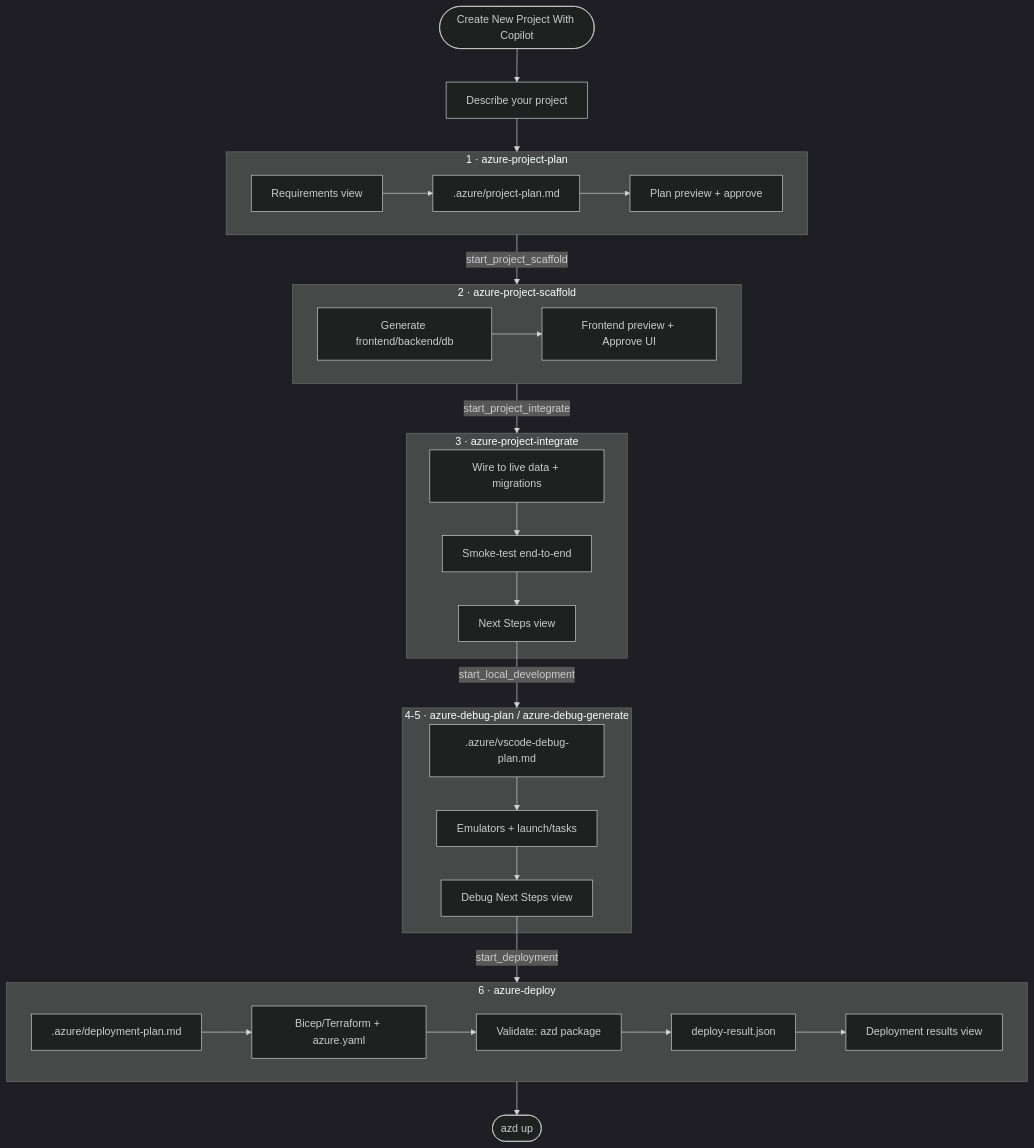
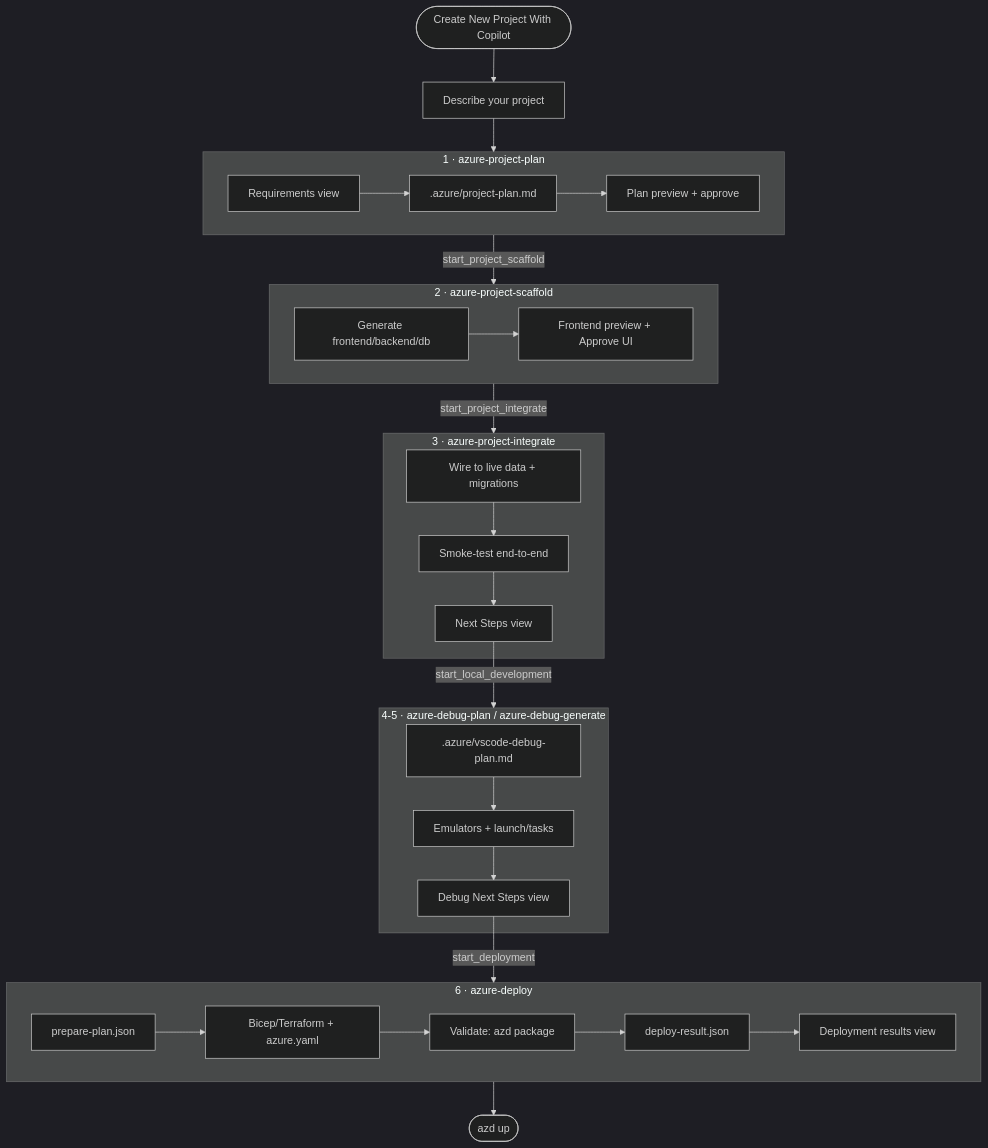
One commit to microsoft/vscode-azureresourcegroups changed the diagram in docs/copilot-create-project.md. Above: the diagram before and after it, drawn with Mermaid (dark theme). The commit also changed other lines of this file and 26 other files, not shown here.

Commit message:
CoR: Add in a view for the prepare-plan.json  (#1685)

````diff
--- a/docs/copilot-create-project.md
+++ b/docs/copilot-create-project.md
@@ -69,35 +69,35 @@
 ```mermaid
 flowchart TD
     Start([Create New Project With Copilot]) --> Prompt[Describe your project]
     Prompt --> Plan
 
     subgraph Plan[1 · azure-project-plan]
         Req[Requirements view] --> PlanDoc[.azure/project-plan.md] --> PlanView[Plan preview + approve]
     end
 
     Plan -->|start_project_scaffold| Scaffold
 
     subgraph Scaffold[2 · azure-project-scaffold]
         Gen[Generate frontend/backend/db] --> Preview[Frontend preview + Approve UI]
     end
 
     Scaffold -->|start_project_integrate| Integrate
 
     subgraph Integrate[3 · azure-project-integrate]
         Wire[Wire to live data + migrations] --> Smoke[Smoke-test end-to-end] --> Next1[Next Steps view]
     end
 
     Next1 -->|start_local_development| Debug
 
     subgraph Debug[4-5 · azure-debug-plan / azure-debug-generate]
         DbgPlan[.azure/vscode-debug-plan.md] --> DbgGen[Emulators + launch/tasks] --> Next2[Debug Next Steps view]
     end
 
     Next2 -->|start_deployment| Deploy
 
     subgraph Deploy[6 · azure-deploy]
-        DepPlan[.azure/deployment-plan.md] --> Infra[Bicep/Terraform + azure.yaml] --> AzdPkg[Validate: azd package] --> DepResult[deploy-result.json] --> ResultView[Deployment results view]
+        DepPlan[prepare-plan.json] --> Infra[Bicep/Terraform + azure.yaml] --> AzdPkg[Validate: azd package] --> DepResult[deploy-result.json] --> ResultView[Deployment results view]
     end
 
     Deploy --> Done([azd up])
 ```
````
